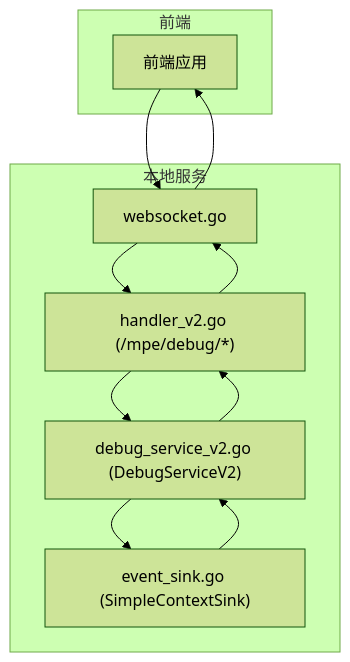
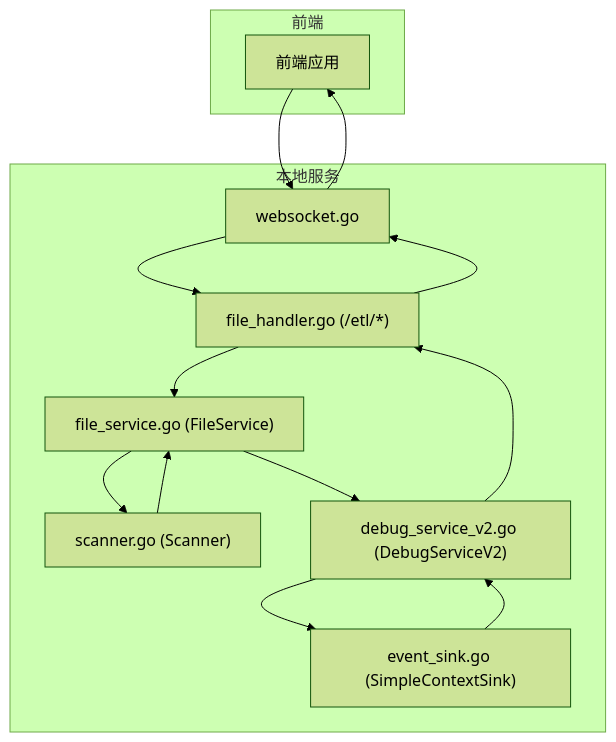
The first of 3 diagrams in .qoder/repowiki/zh/content/开发者指南/LocalBridge 通信协议.md (kqcoxn/MaaPipelineEditor), drawn with Mermaid (forest theme) before and after one commit. The commit also changed other lines of this file and 6 other files, not shown here.

````diff
--- a/.qoder/repowiki/zh/content/开发者指南/LocalBridge 通信协议.md
+++ b/.qoder/repowiki/zh/content/开发者指南/LocalBridge 通信协议.md
@@ -43,20 +52,25 @@
 ```mermaid
 graph TB
 subgraph "前端"
 FE["前端应用"]
 end
 subgraph "本地服务"
 WS["websocket.go"]
-RH["handler_v2.go (/mpe/debug/*)"]
+FH["file_handler.go (/etl/*)"]
+FS["file_service.go (FileService)"]
+SC["scanner.go (Scanner)"]
 DS["debug_service_v2.go (DebugServiceV2)"]
 SK["event_sink.go (SimpleContextSink)"]
 end
 FE --> WS
-WS --> RH
-RH --> DS
+WS --> FH
+FH --> FS
+FS --> SC
+SC --> FS
+FS --> DS
 DS --> SK
 SK --> DS
-DS --> RH
-RH --> WS
+DS --> FH
+FH --> WS
 WS --> FE
 ```
````
